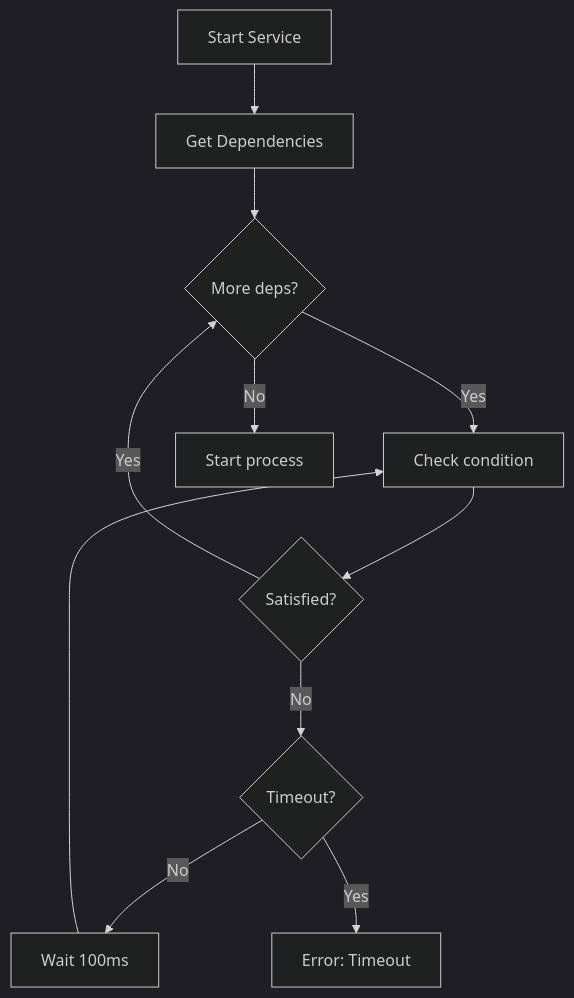
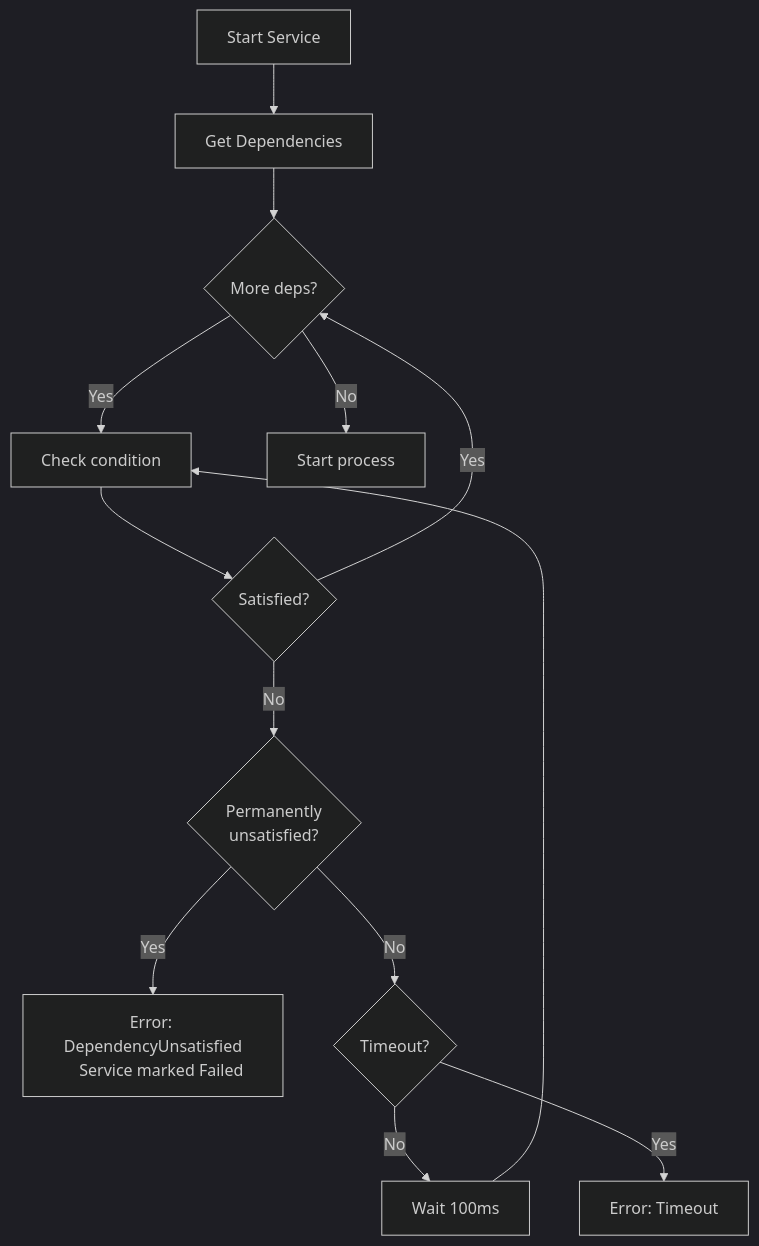
The fourth of 12 diagrams in ARCHITECTURE.md (maleus-ai/kepler), drawn with Mermaid (dark theme) before and after one commit. The commit also changed other lines of this file and 35 other files, not shown here.

Commit message:
Implement more condition for service dependency and system for --wait --detach flag combination allowing to identify which service can be waited for during startup based on topology

````diff
--- a/ARCHITECTURE.md
+++ b/ARCHITECTURE.md
@@ -268,13 +273,17 @@
 ```mermaid
 flowchart TD
     A[Start Service] --> B[Get Dependencies]
     B --> C{More deps?}
     C -->|Yes| D[Check condition]
     D --> E{Satisfied?}
-    E -->|No| F{Timeout?}
+    E -->|No| P{Permanently
+    unsatisfied?}
+    P -->|Yes| Q[Error: DependencyUnsatisfied
+    Service marked Failed]
+    P -->|No| F{Timeout?}
     F -->|No| G[Wait 100ms]
     G --> D
     F -->|Yes| H[Error: Timeout]
     E -->|Yes| C
     C -->|No| I[Start process]
 ```
````
